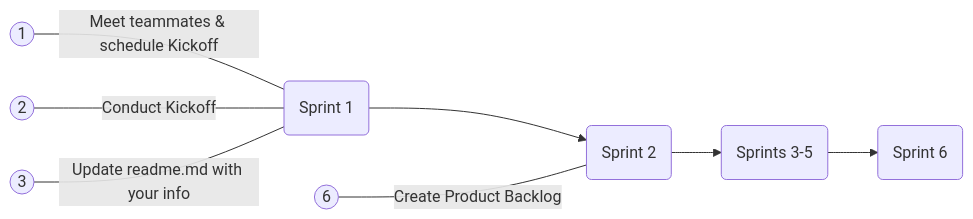
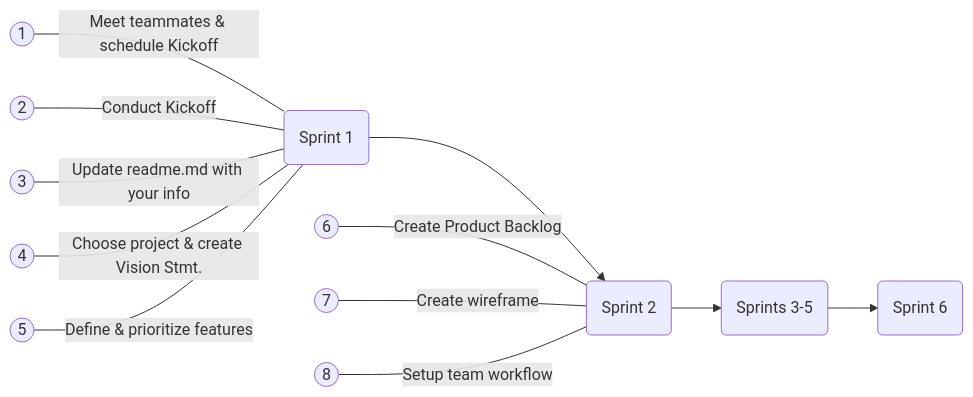
One commit to chingu-voyages/Handbook changed the second of 2 diagrams in docs/guides/voyage/voyage.md. Above: the diagram before and after it, drawn with Mermaid.

Commit message:
Feature: Add new Voyage Process diagram

````diff
--- a/docs/guides/voyage/voyage.md
+++ b/docs/guides/voyage/voyage.md
@@ -243,22 +243,28 @@
 ```mermaid
 graph LR
-  STEP1(("1"))
-  STEP2(("2"))
-  STEP3(("3"))
-  
   SPRINT1("Sprint 1")
   SPRINT2("Sprint 2")
   SPRINT1-->SPRINT2
   SPRINT35("Sprints 3-5")
   SPRINT2-->SPRINT35
   SPRINT6("Sprint 6")
   SPRINT35-->SPRINT6
 
-  
+  STEP1(("1"))
   STEP1-- Meet teammates & schedule Kickoff ---SPRINT1
+  STEP2(("2"))
   STEP2-- Conduct Kickoff ---SPRINT1
+  STEP3(("3"))
   STEP3-- Update readme.md with your info ---SPRINT1
+  STEP4(("4"))
+  STEP4-- Choose project & create Vision Stmt. ---SPRINT1
+  STEP5(("5"))
+  STEP5-- Define & prioritize features ---SPRINT1
 
   STEP6(("6"))
   STEP6-- Create Product Backlog ---SPRINT2
+  STEP7(("7"))
+  STEP7-- Create wireframe ---SPRINT2
+  STEP8(("8"))
+  STEP8-- Setup team workflow ---SPRINT2
 ```
````
